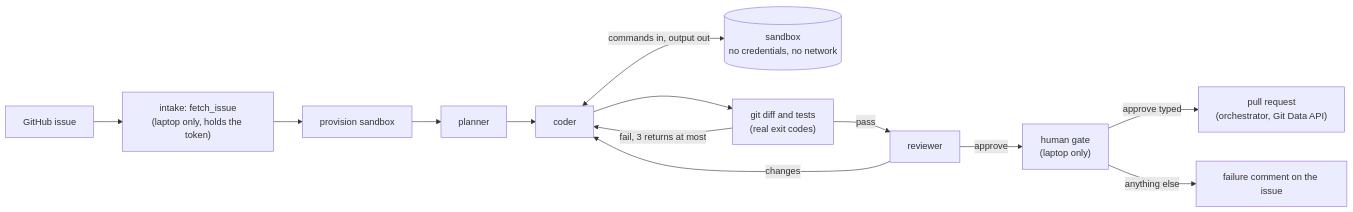
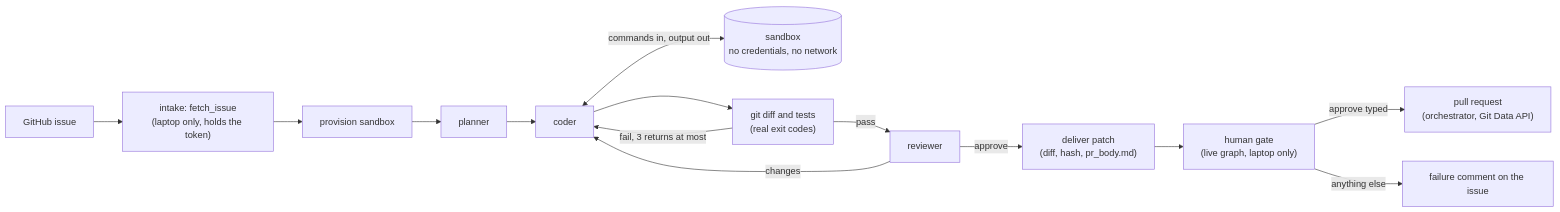
The first of 5 diagrams in docs/architecture.md (omarcevi/sdlc-agent-pipeline), drawn with Mermaid before and after one commit. The commit also changed other lines of this file and 8 other files, not shown here.

Commit message:
docs: architecture fixes: missing edges, layout, tests, no lock change

````diff
--- a/docs/architecture.md
+++ b/docs/architecture.md
@@ -13,15 +13,16 @@
 ```mermaid
 flowchart LR
     issue["GitHub issue"] --> intake["intake: fetch_issue<br/>(laptop only, holds the token)"]
     intake --> provision["provision sandbox"]
     provision --> planner["planner"]
     planner --> coder["coder"]
     coder <-->|"commands in, output out"| sandbox[("sandbox<br/>no credentials, no network")]
     coder --> diff["git diff and tests<br/>(real exit codes)"]
     diff -->|"fail, 3 returns at most"| coder
     diff -->|pass| reviewer["reviewer"]
     reviewer -->|changes| coder
-    reviewer -->|approve| gate["human gate<br/>(laptop only)"]
+    reviewer -->|approve| deliver["deliver patch<br/>(diff, hash, pr_body.md)"]
+    deliver --> gate["human gate<br/>(live graph, laptop only)"]
     gate -->|"approve typed"| pr["pull request<br/>(orchestrator, Git Data API)"]
     gate -->|"anything else"| comment["failure comment on the issue"]
 ```
````
